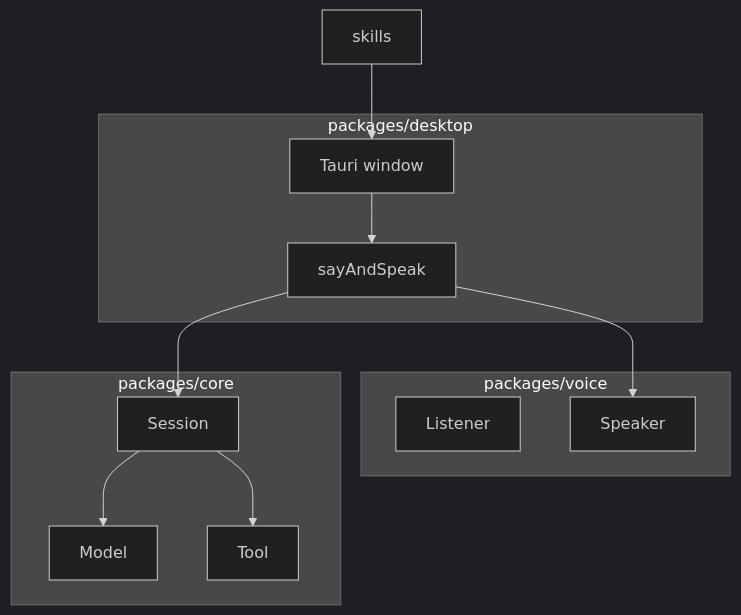
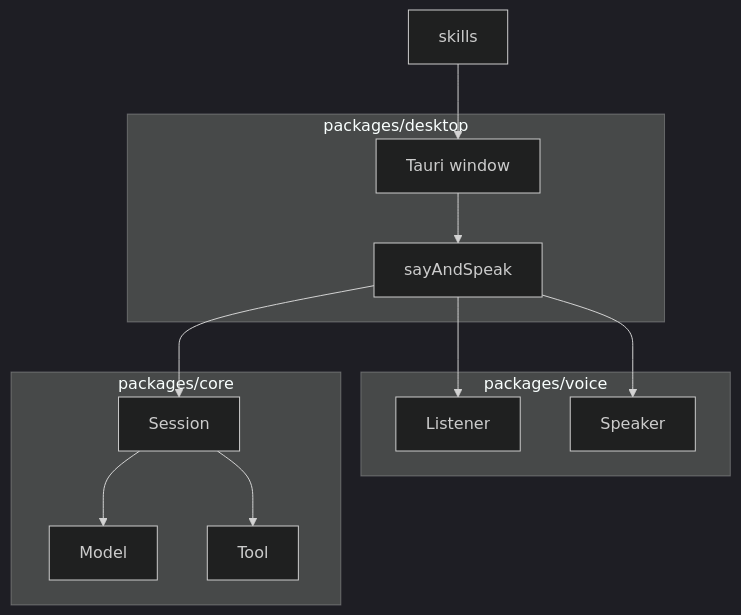
The first of 2 diagrams in docs/architecture.md (ItsYuma/Caprice), drawn with Mermaid (dark theme) before and after one commit. The commit also changed other lines of this file and 16 other files, not shown here.

````diff
--- a/docs/architecture.md
+++ b/docs/architecture.md
@@ -7,23 +7,24 @@
 ```mermaid
 flowchart TB
   subgraph shell [packages/desktop]
     window[Tauri window]
     host[sayAndSpeak]
   end
   subgraph voice [packages/voice]
     listener[Listener]
     speaker[Speaker]
   end
   subgraph corepkg [packages/core]
     session[Session]
     model[Model]
     tools[Tool]
   end
   skills[skills]
   window --> host
+  host --> listener
   host --> session
   host --> speaker
   skills --> window
   session --> model
   session --> tools
 ```
````
